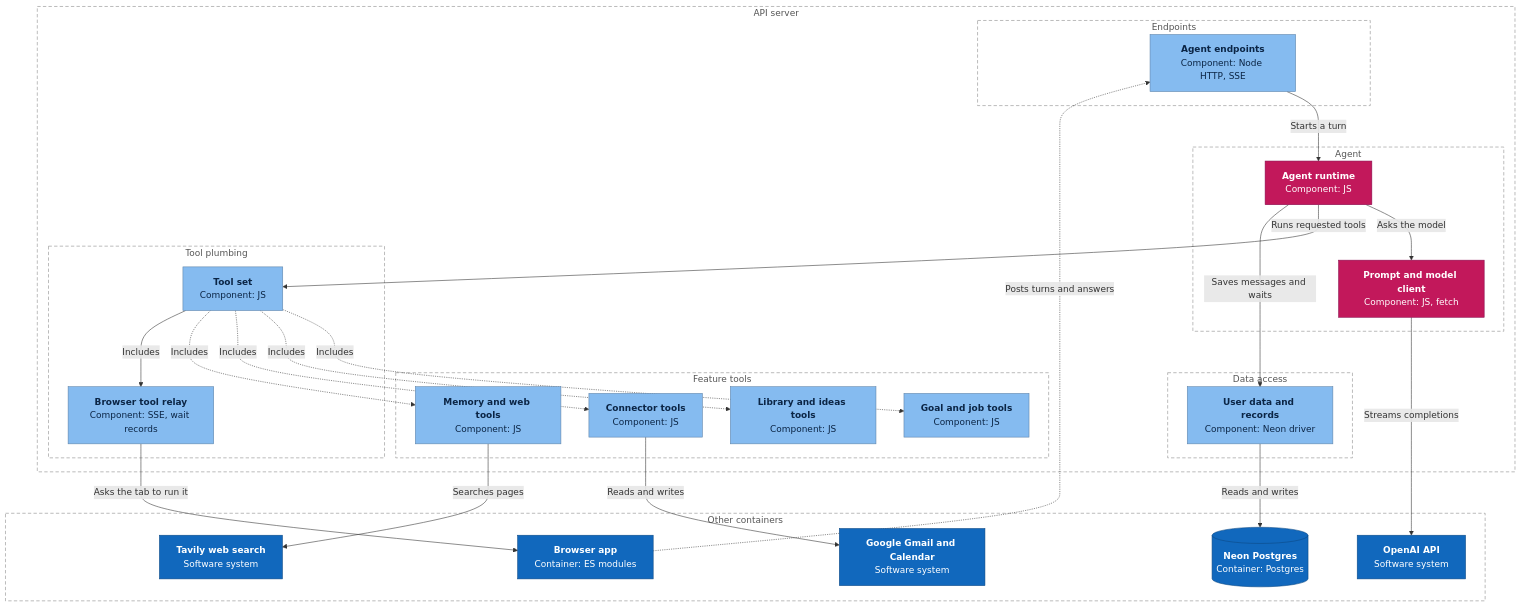
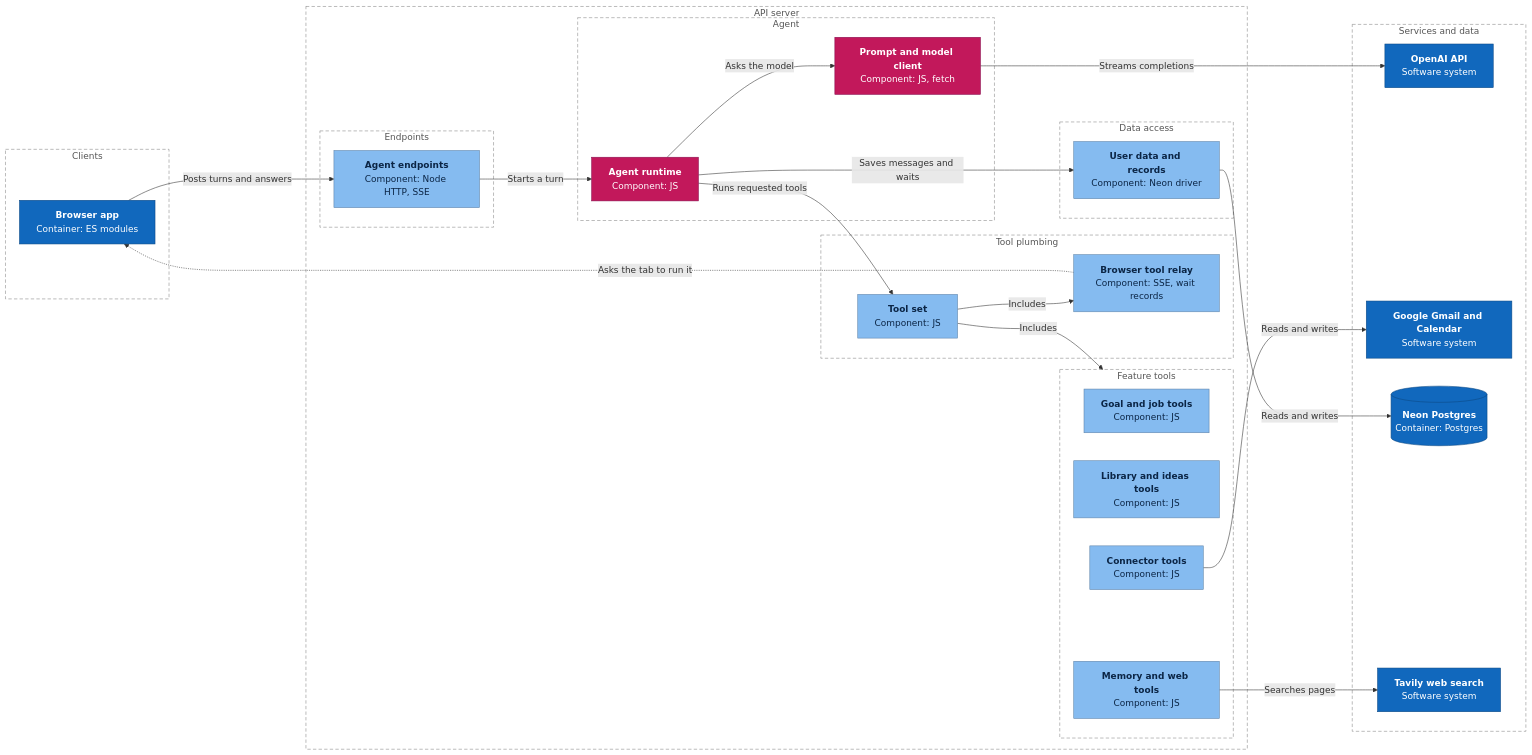
Before and after one commit to lngsa1234/mini-muse-mvp: the diagram in docs/architecture/c4-components-api-server.md, drawn with Mermaid.

Commit message:
Components page: left-to-right diagram
Claude-Session: https://claude.ai/code/session_019wvSAozS1nz9RE7X3s4ZSd

````diff
--- a/docs/architecture/c4-components-api-server.md
+++ b/docs/architecture/c4-components-api-server.md
@@ -13,57 +13,56 @@
 ```mermaid
-flowchart TB
+flowchart LR
+  subgraph clients["Clients"]
+    browser_app["<b>Browser app</b><br/>Container: ES modules"]
+  end
   subgraph app["API server"]
     subgraph k_shell["Endpoints"]
       agent_http["<b>Agent endpoints</b><br/>Component: Node HTTP, SSE"]
-    end
-    subgraph k_feature["Feature tools"]
-      goal_tools["<b>Goal and job tools</b><br/>Component: JS"]
-      library_tools["<b>Library and ideas tools</b><br/>Component: JS"]
-      connector_tools["<b>Connector tools</b><br/>Component: JS"]
-      memory_web_tools["<b>Memory and web tools</b><br/>Component: JS"]
     end
     subgraph k_agent["Agent"]
       agent_runtime["<b>Agent runtime</b><br/>Component: JS"]
       prompt_model["<b>Prompt and model client</b><br/>Component: JS, fetch"]
     end
     subgraph k_tools["Tool plumbing"]
       tool_set["<b>Tool set</b><br/>Component: JS"]
       browser_relay["<b>Browser tool relay</b><br/>Component: SSE, wait records"]
     end
     subgraph k_state["Data access"]
       user_data["<b>User data and records</b><br/>Component: Neon driver"]
     end
+    subgraph k_feature["Feature tools"]
+      goal_tools["<b>Goal and job tools</b><br/>Component: JS"]
+      library_tools["<b>Library and ideas tools</b><br/>Component: JS"]
+      connector_tools["<b>Connector tools</b><br/>Component: JS"]
+      memory_web_tools["<b>Memory and web tools</b><br/>Component: JS"]
+    end
   end
-  subgraph others["Other containers"]
-    browser_app["<b>Browser app</b><br/>Container: ES modules"]
+  subgraph services["Services and data"]
     openai["<b>OpenAI API</b><br/>Software system"]
     google_apis["<b>Google Gmail and Calendar</b><br/>Software system"]
+    neon_postgres[("<b>Neon Postgres</b><br/>Container: Postgres")]
     tavily["<b>Tavily web search</b><br/>Software system"]
-    neon_postgres[("<b>Neon Postgres</b><br/>Container: Postgres")]
   end
-  browser_app -.->|"Posts turns and answers"| agent_http
+  browser_app -->|"Posts turns and answers"| agent_http
   agent_http -->|"Starts a turn"| agent_runtime
   agent_runtime -->|"Asks the model"| prompt_model
   prompt_model -->|"Streams completions"| openai
   agent_runtime -->|"Runs requested tools"| tool_set
-  tool_set -.->|"Includes"| goal_tools
-  tool_set -.->|"Includes"| library_tools
-  tool_set -.->|"Includes"| connector_tools
-  tool_set -.->|"Includes"| memory_web_tools
+  tool_set -->|"Includes"| k_feature
   tool_set -->|"Includes"| browser_relay
-  browser_relay -->|"Asks the tab to run it"| browser_app
+  browser_relay -.->|"Asks the tab to run it"| browser_app
   connector_tools -->|"Reads and writes"| google_apis
   memory_web_tools -->|"Searches pages"| tavily
   agent_runtime -->|"Saves messages and waits"| user_data
   user_data -->|"Reads and writes"| neon_postgres
   classDef person fill:#08427b,stroke:#052e56,color:#ffffff
   classDef container fill:#1168bd,stroke:#0b4884,color:#ffffff
   classDef component fill:#85bbf0,stroke:#5d82a8,color:#0b2545
   classDef agent fill:#c2185b,stroke:#880e4f,color:#ffffff
   classDef external fill:#8a8a8a,stroke:#6b6b6b,color:#ffffff
   classDef boundary fill:none,stroke:#888888,stroke-dasharray:6 4,color:#555555
   class agent_http,tool_set,goal_tools,library_tools,connector_tools,memory_web_tools,browser_relay,user_data component
   class agent_runtime,prompt_model agent
-  class browser_app,openai,google_apis,tavily,neon_postgres container
-  class app,k_shell,k_feature,k_agent,k_tools,k_state,others boundary
+  class browser_app,openai,google_apis,neon_postgres,tavily container
+  class app,k_shell,k_agent,k_tools,k_state,k_feature,clients,services boundary
 ```
````
